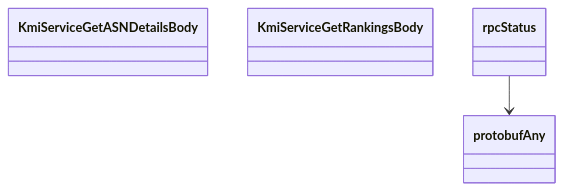
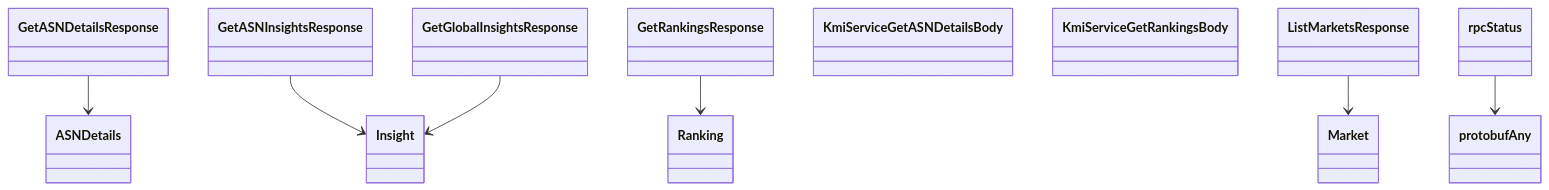
Before and after one commit to alexdearaujo/community_sdk_python: diagram 12 of 12 in docs/sphinx/services/kmi.md, drawn with Mermaid. The commit also changed other lines of this file and 38 other files, not shown here.

````diff
--- a/docs/sphinx/services/kmi.md
+++ b/docs/sphinx/services/kmi.md
@@ -426,8 +426,22 @@
 ```mermaid
 classDiagram
+    class ASNDetails
+    class GetASNDetailsResponse
+    class GetASNInsightsResponse
+    class GetGlobalInsightsResponse
+    class GetRankingsResponse
+    class Insight
     class KmiServiceGetASNDetailsBody
     class KmiServiceGetRankingsBody
+    class ListMarketsResponse
+    class Market
+    class Ranking
     class protobufAny
     class rpcStatus
+    GetASNDetailsResponse --> ASNDetails
+    GetASNInsightsResponse --> Insight
+    GetGlobalInsightsResponse --> Insight
+    GetRankingsResponse --> Ranking
+    ListMarketsResponse --> Market
     rpcStatus --> protobufAny
 ```
````
